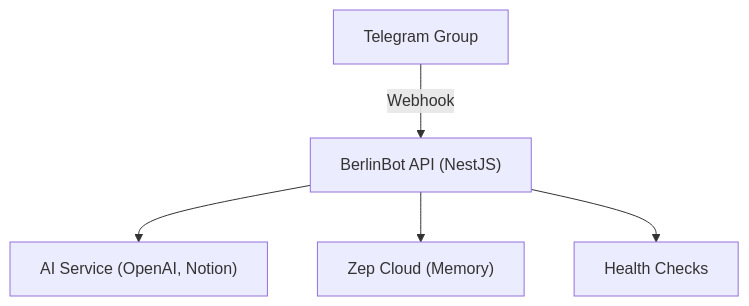
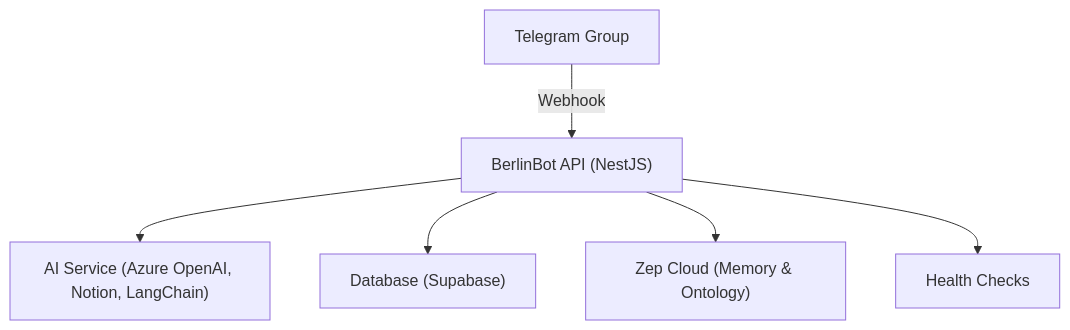
The diagram in README.md (BerlinhouseLabs/the-bot), drawn with Mermaid before and after one commit. The commit also changed other lines of this file and 33 other files, not shown here.

````diff
--- a/README.md
+++ b/README.md
@@ -38,7 +39,8 @@
 ```mermaid
 graph TD;
   TG["Telegram Group"] -->|Webhook| API["BerlinBot API (NestJS)"]
-  API --> AI["AI Service (OpenAI, Notion)"]
-  API --> ZEP["Zep Cloud (Memory)"]
+  API --> AI["AI Service (Azure OpenAI, Notion, LangChain)"]
+  API --> DB["Database (Supabase)"]
+  API --> ZEP["Zep Cloud (Memory & Ontology)"]
   API --> Health["Health Checks"]
 ```
````
